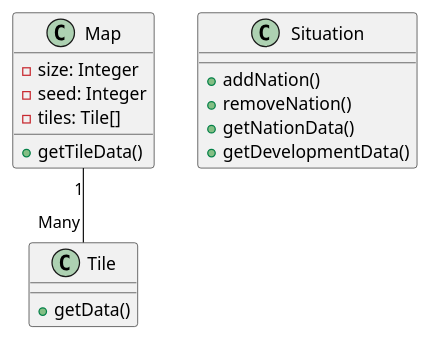
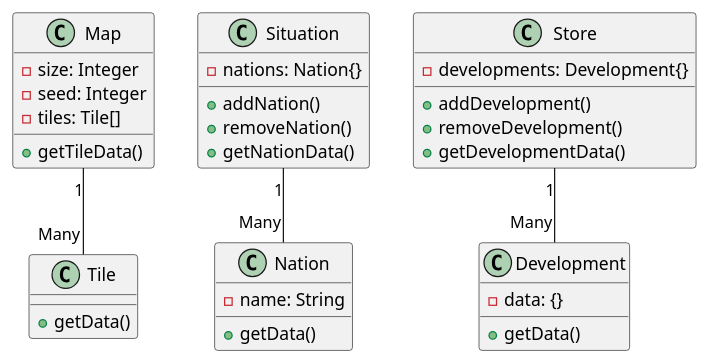
One commit to ramon54321/Nations changed the diagram in Server/doc/main.wsd. Above: the diagram before and after it, drawn with PlantUML. The commit also changed 5 other files, not shown here.

```diff
--- a/Server/doc/main.wsd
+++ b/Server/doc/main.wsd
@@ -1,23 +1,44 @@
 @startuml
 
 class Map {
   -size: Integer
   -seed: Integer
   -tiles: Tile[]
 
   +getTileData()
 }
 Map "1" -- "Many" Tile
 
 class Tile {
   +getData()
 }
 
 class Situation {
+  -nations: Nation{}
+
   +addNation()
   +removeNation()
   +getNationData()
+}
+Situation "1" -- "Many" Nation
+
+class Nation {
+  -name: String
+  +getData()
+}
+
+class Store {
+  -developments: Development{}
+
+  +addDevelopment()
+  +removeDevelopment()
   +getDevelopmentData()
+}
+Store "1" -- "Many" Development
+
+class Development {
+  -data: {}
+  +getData()
 }
 
 @enduml
```
